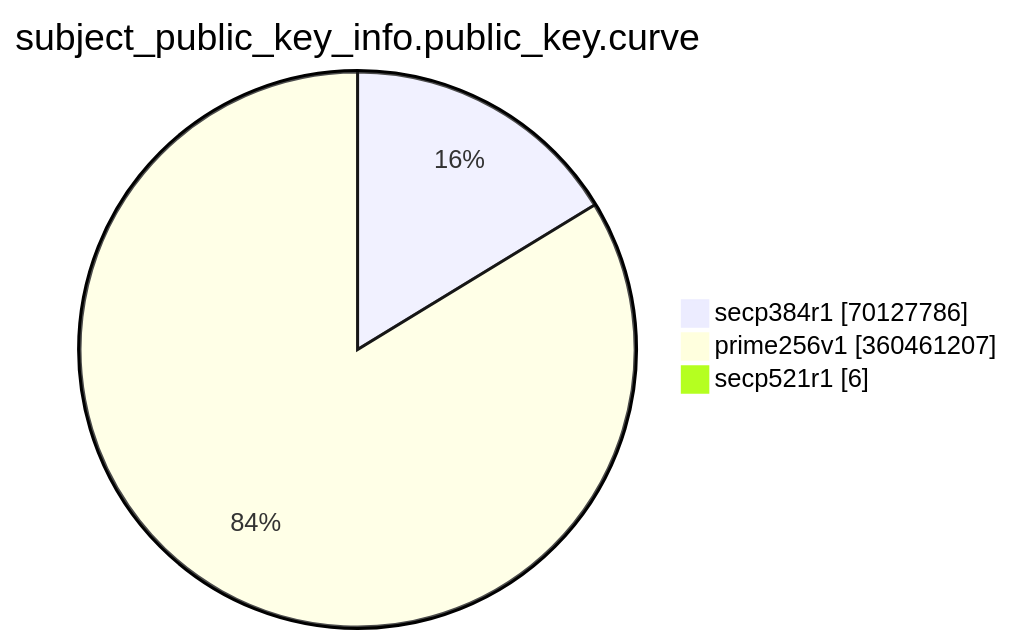
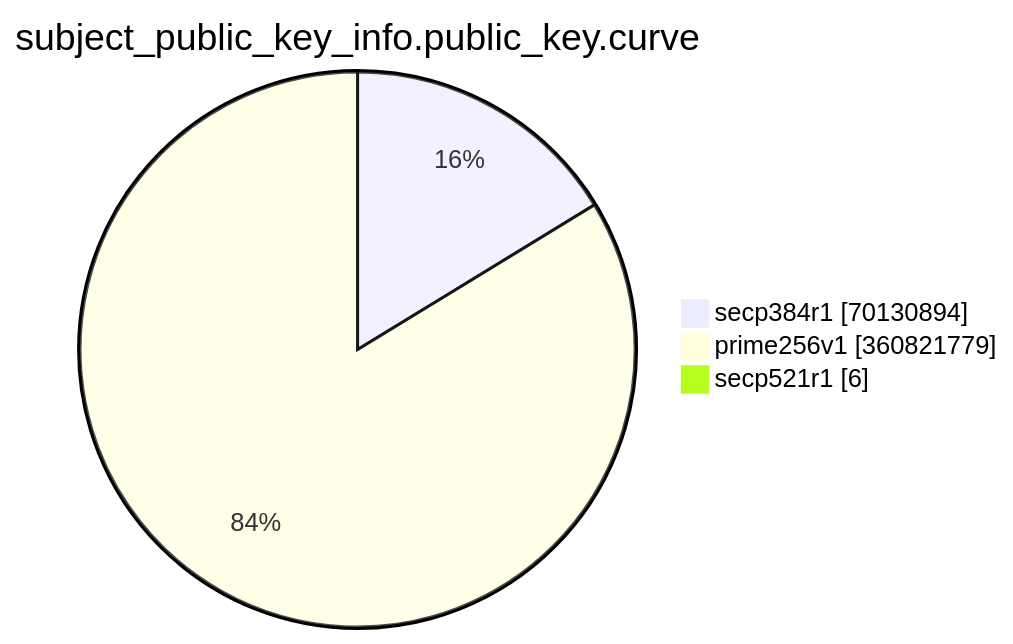
One commit to christiankrug/ctmonitor_visualization changed the eighth of 15 diagrams in TOTAL/README.md. Above: the diagram before and after it, drawn with Mermaid. The commit also changed other lines of this file, not shown here.

````diff
--- a/TOTAL/README.md
+++ b/TOTAL/README.md
@@ -3086,7 +3086,7 @@
 ```mermaid
 pie showData
 title subject_public_key_info.public_key.curve
-"secp384r1" :70127786
-"prime256v1" :360461207
+"secp384r1" :70130894
+"prime256v1" :360821779
 "secp521r1" :6
 ```
````
